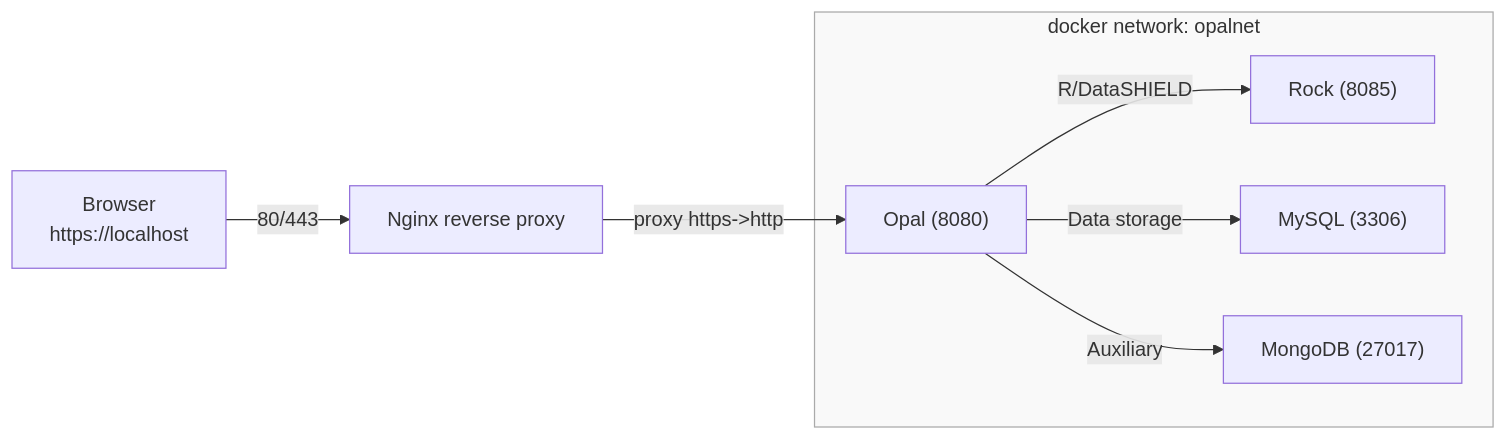
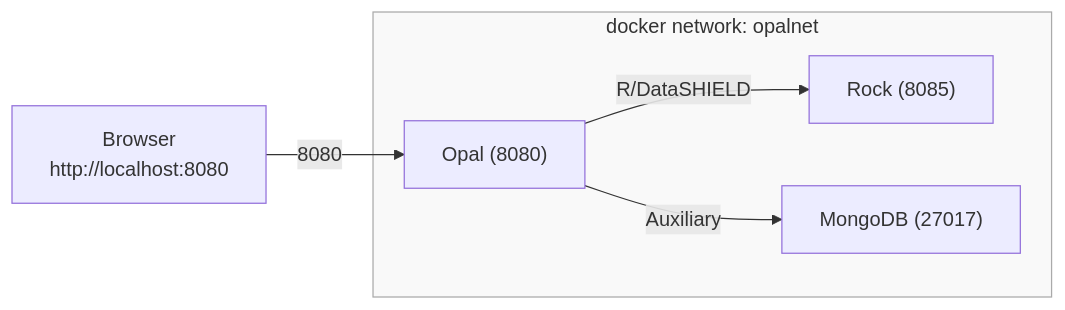
The diagram in website/1-local-deploy.qmd (ESCRI11/datashield-workshop-2025), drawn with Mermaid before and after one commit. The commit also changed other lines of this file and 1 other file, not shown here.

````diff
--- a/website/1-local-deploy.qmd
+++ b/website/1-local-deploy.qmd
@@ -31,14 +31,12 @@
 ```{mermaid}
 graph LR
-  B["Browser<br/>https://localhost"] -->|80/443| N["Nginx reverse proxy"]
-  N -->|proxy https->http| O["Opal (8080)"]
+  B["Browser<br/>http://localhost:8080"] -->|8080| O["Opal (8080)"]
   subgraph Profiles["docker network: opalnet"]
     O -->|R/DataSHIELD| R["Rock (8085)"]
-    O -->|Data storage| MSQL["MySQL (3306)"]
     O -->|Auxiliary| MONGO["MongoDB (27017)"]
   end
 
   %% Define a lighter background for the subgraph
   classDef light fill:#f9f9f9,stroke:#aaa,stroke-width:1px;
   class Profiles light;
 ```
````
